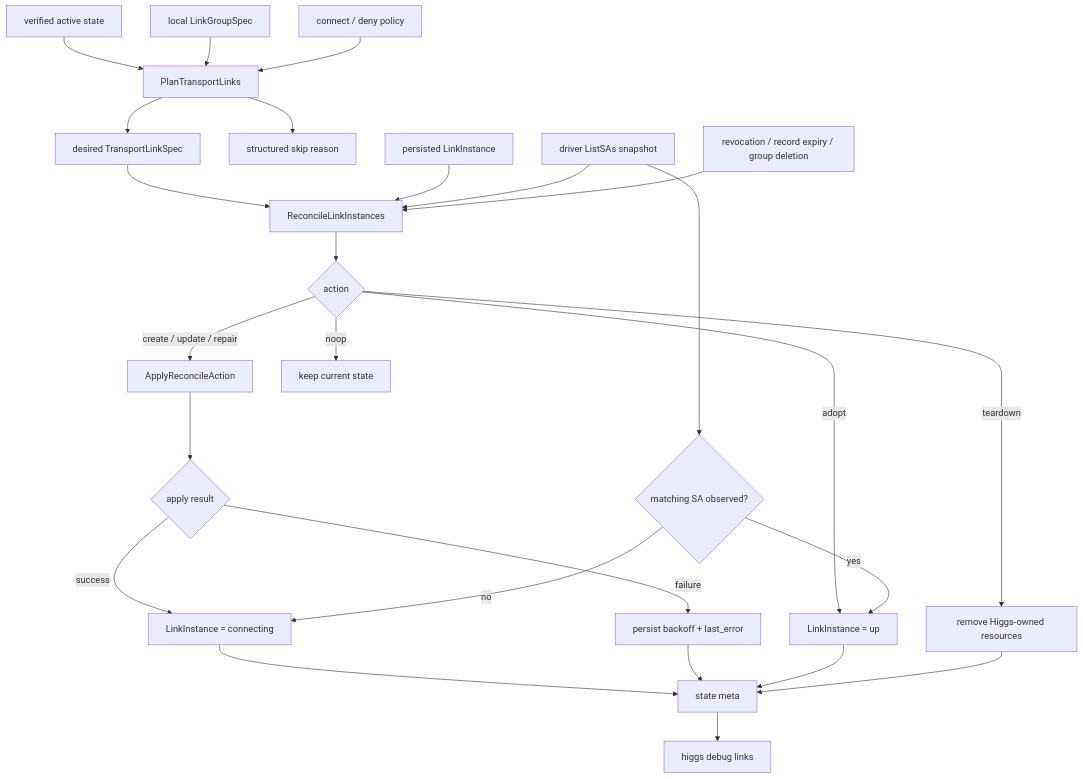
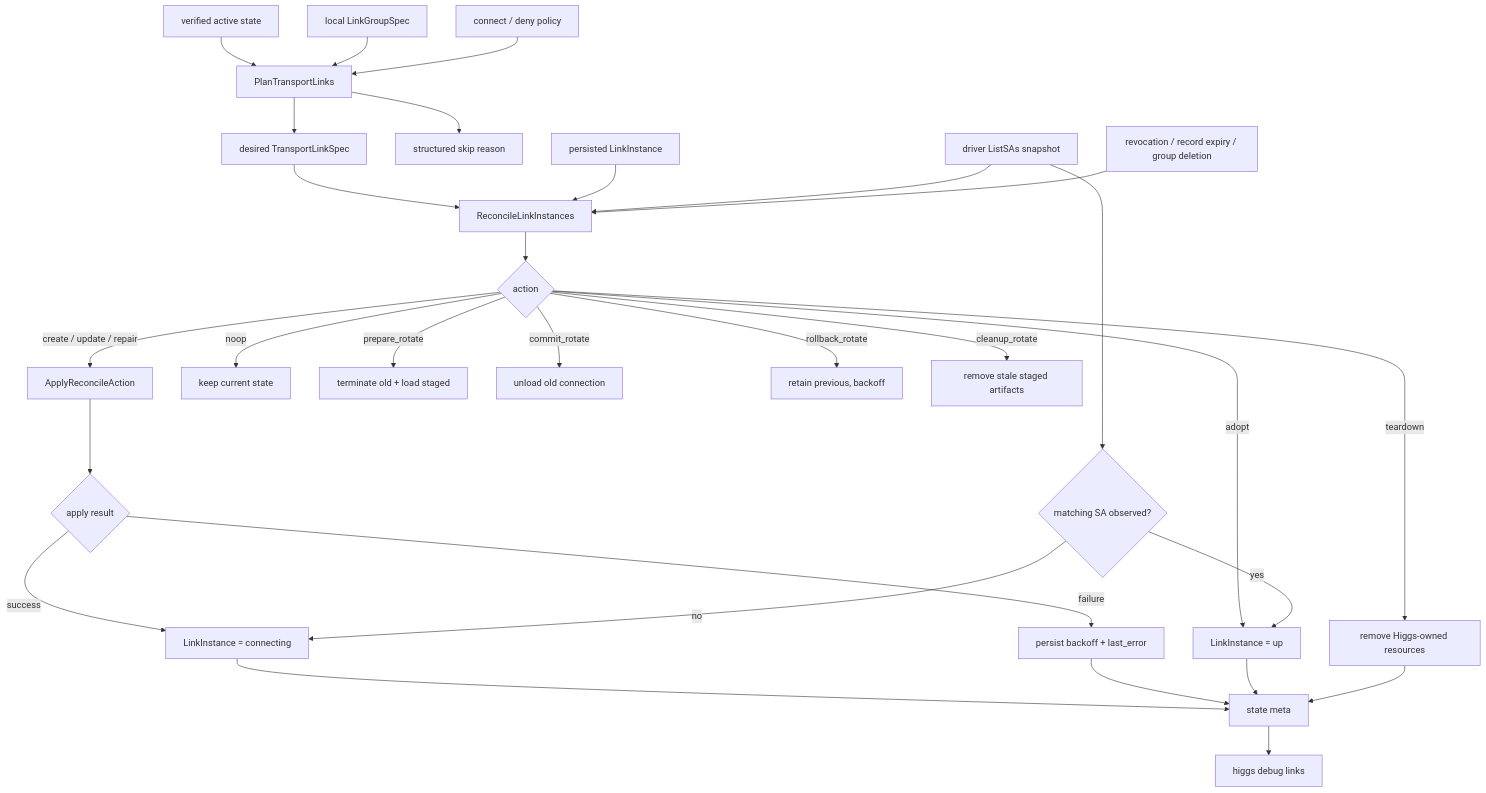
One commit to HiggsNet/higgs changed the diagram in docs/protocol.md. Above: the diagram before and after it, drawn with Mermaid. The commit also changed other lines of this file and 4 other files, not shown here.

````diff
--- a/docs/protocol.md
+++ b/docs/protocol.md
@@ -569,32 +569,36 @@
 ```mermaid
 flowchart TD
     A[verified active state] --> P[PlanTransportLinks]
     B[local LinkGroupSpec] --> P
     C[connect / deny policy] --> P
     P --> D[desired TransportLinkSpec]
     P --> S[structured skip reason]
 
     D --> R[ReconcileLinkInstances]
     E[persisted LinkInstance] --> R
     F[driver ListSAs snapshot] --> R
     G[revocation / record expiry / group deletion] --> R
 
     R --> H{action}
     H -->|create / update / repair| I[ApplyReconcileAction]
     H -->|adopt| U[LinkInstance = up]
     H -->|teardown| T[remove Higgs-owned resources]
     H -->|noop| N[keep current state]
+    H -->|prepare_rotate| PR[terminate old + load staged]
+    H -->|commit_rotate| CR[unload old connection]
+    H -->|rollback_rotate| RB[retain previous, backoff]
+    H -->|cleanup_rotate| CL[remove stale staged artifacts]
 
     I --> K{apply result}
     K -->|success| C1[LinkInstance = connecting]
     K -->|failure| B1[persist backoff + last_error]
     F --> O{matching SA observed?}
     O -->|yes| U
     O -->|no| C1
 
     C1 --> M[state meta]
     B1 --> M
     U --> M
     T --> M
     M --> Z[higgs debug links]
 ```
````
